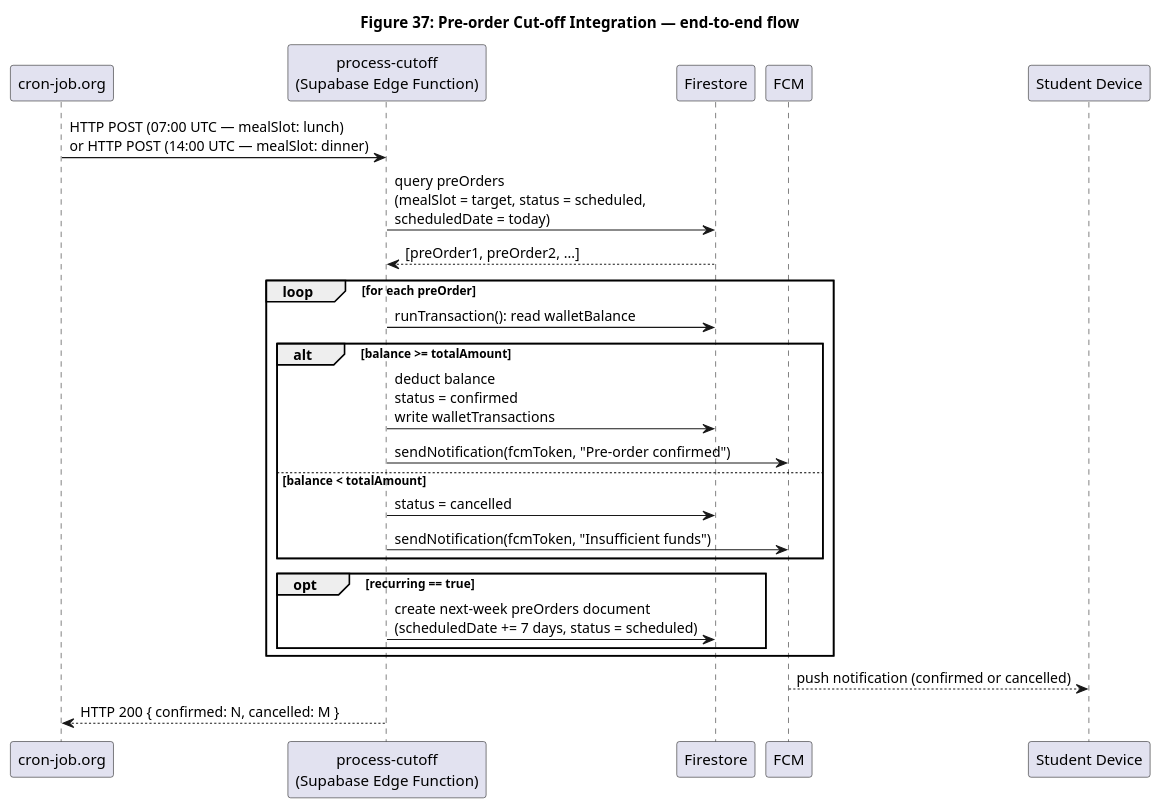
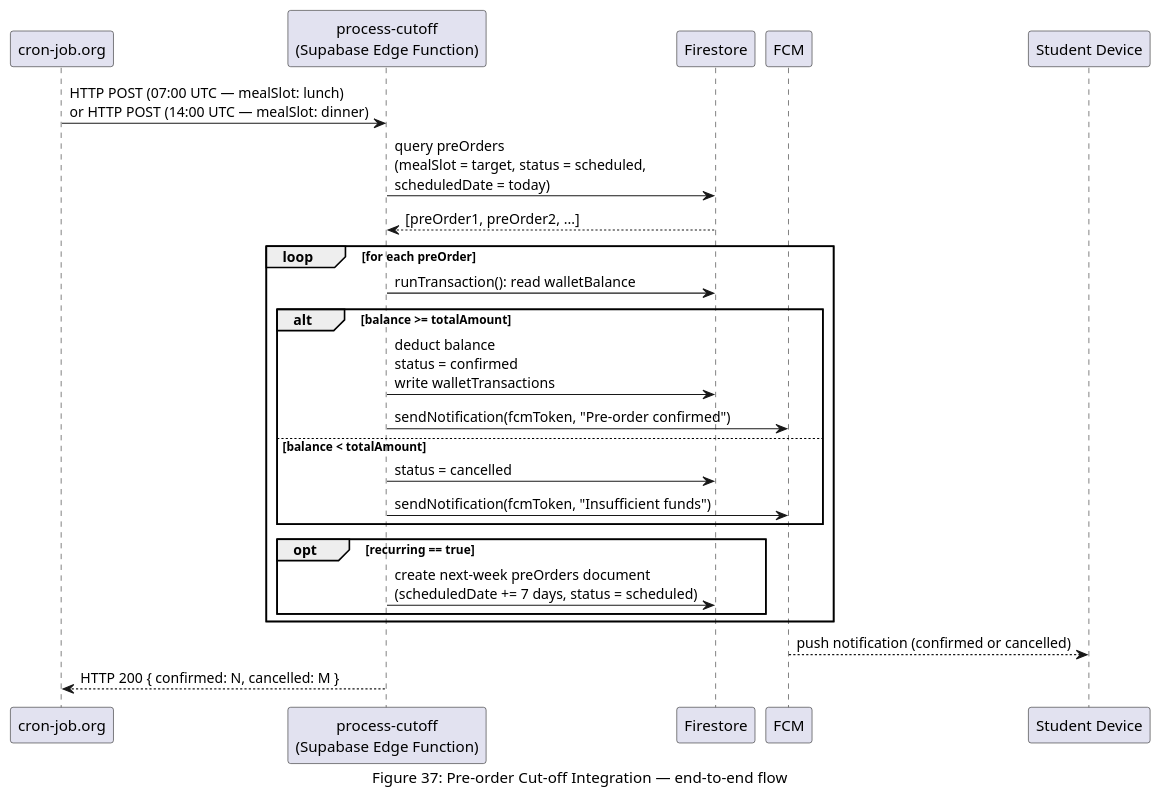
The eighth of 12 diagrams in pdf-source/figures/ch-6.md (Musyonchez/beni-2), drawn with PlantUML before and after one commit. The commit also changed other lines of this file and 30 other files, not shown here.

First line of the commit message:
chore: update figures, add generated PNGs, fix figure follow-up paragraphs

````diff
--- a/pdf-source/figures/ch-6.md
+++ b/pdf-source/figures/ch-6.md
@@ -330,34 +330,34 @@
 ```plantuml
 @startuml Figure37_PreOrderCutoffIntegration
 skinparam backgroundColor white
 skinparam defaultFontName Arial
-title Figure 37: Pre-order Cut-off Integration — end-to-end flow
+caption Figure 37: Pre-order Cut-off Integration — end-to-end flow
 
 participant "cron-job.org" as CRON
 participant "process-cutoff\n(Supabase Edge Function)" as EF
 participant "Firestore" as FS
 participant "FCM" as FCM
 participant "Student Device" as STU
 
 CRON -> EF : HTTP POST (07:00 UTC — mealSlot: lunch)\nor HTTP POST (14:00 UTC — mealSlot: dinner)
 EF -> FS : query preOrders\n(mealSlot = target, status = scheduled,\nscheduledDate = today)
 FS --> EF : [preOrder1, preOrder2, ...]
 
 loop for each preOrder
   EF -> FS : runTransaction(): read walletBalance
   alt balance >= totalAmount
     EF -> FS : deduct balance\nstatus = confirmed\nwrite walletTransactions
     EF -> FCM : sendNotification(fcmToken, "Pre-order confirmed")
   else balance < totalAmount
     EF -> FS : status = cancelled
     EF -> FCM : sendNotification(fcmToken, "Insufficient funds")
   end
   opt recurring == true
     EF -> FS : create next-week preOrders document\n(scheduledDate += 7 days, status = scheduled)
   end
 end
 
 FCM --> STU : push notification (confirmed or cancelled)
 EF --> CRON : HTTP 200 { confirmed: N, cancelled: M }
 @enduml
 ```
````
